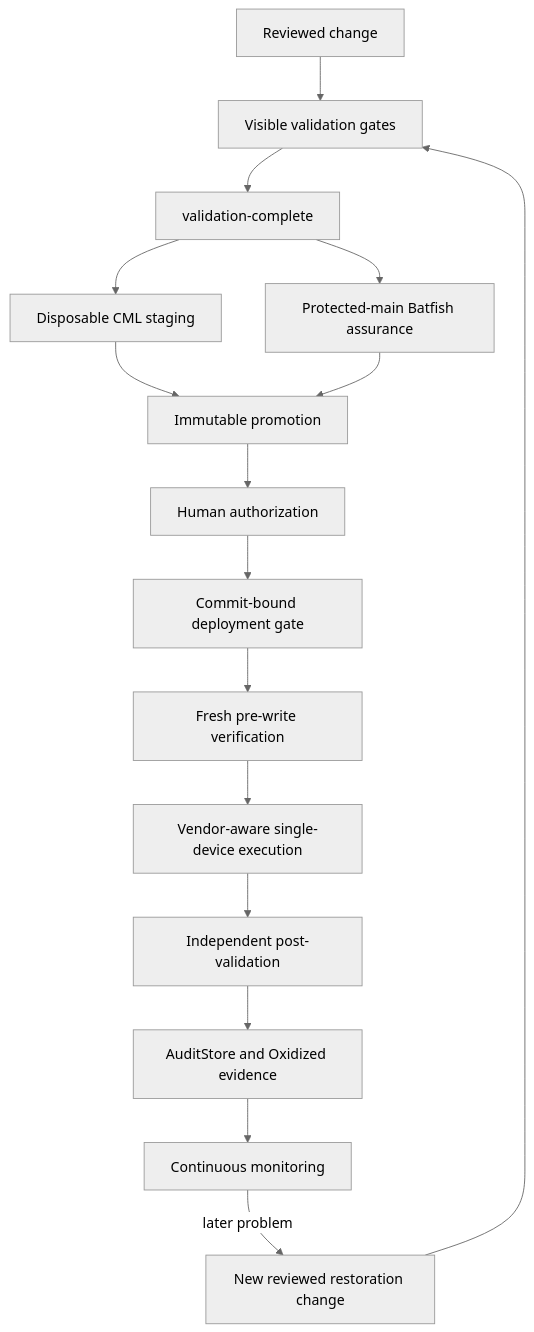
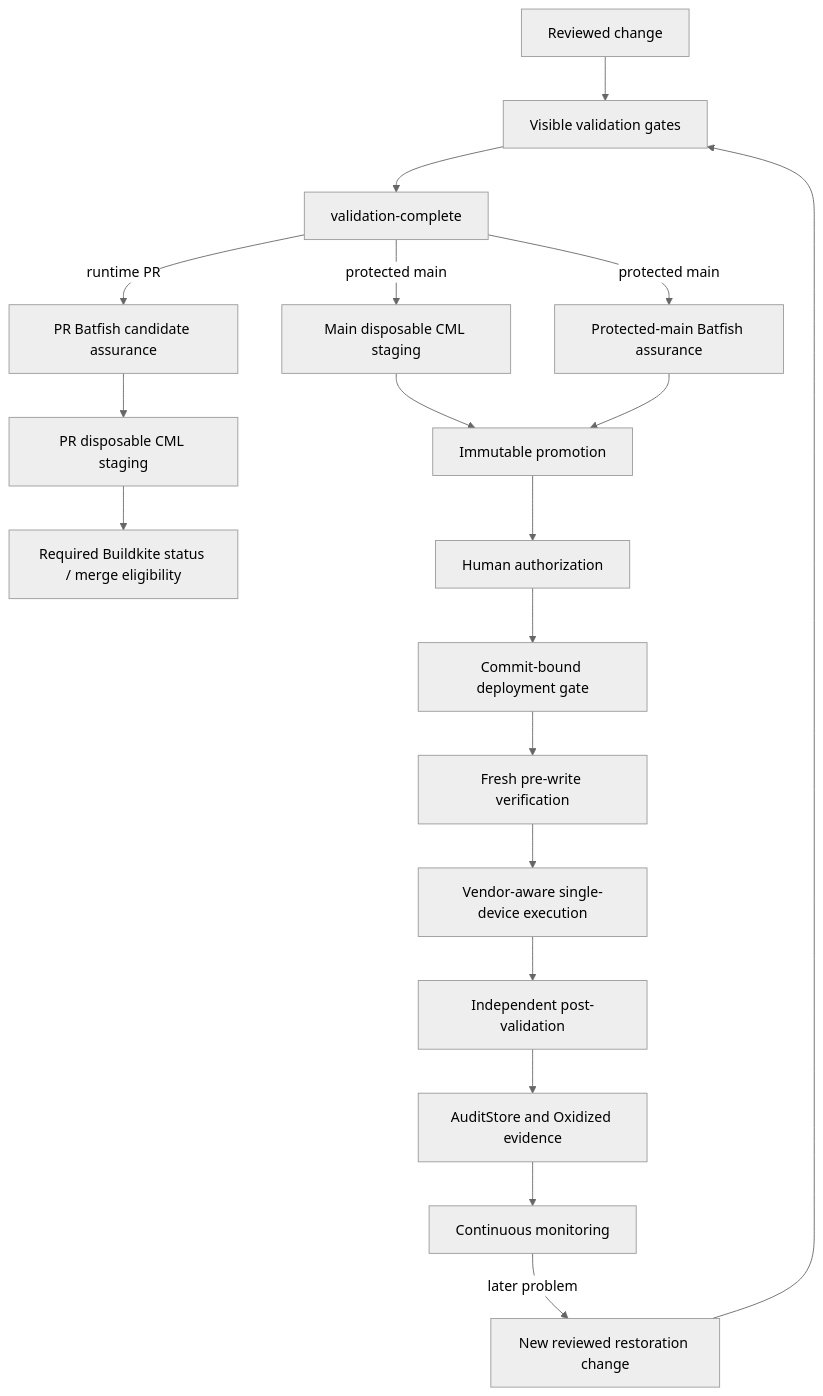
One commit to Atheer-Kareem/network-change-delivery-platform changed the diagram in docs/architecture/change-lifecycle.md. Above: the diagram before and after it, drawn with Mermaid (neutral theme). The commit also changed other lines of this file and 10 other files, not shown here.

Commit message:
feat: gate runtime PRs on Batfish assurance (#108)

````diff
--- a/docs/architecture/change-lifecycle.md
+++ b/docs/architecture/change-lifecycle.md
@@ -6,18 +6,21 @@
 ```mermaid
 flowchart TD
   PR[Reviewed change] --> V[Visible validation gates]
   V --> VB[validation-complete]
-  VB --> C[Disposable CML staging]
-  VB --> B[Protected-main Batfish assurance]
+  VB -->|runtime PR| PB[PR Batfish candidate assurance]
+  PB --> PC[PR disposable CML staging]
+  PC --> MR[Required Buildkite status / merge eligibility]
+  VB -->|protected main| C[Main disposable CML staging]
+  VB -->|protected main| B[Protected-main Batfish assurance]
   C --> P[Immutable promotion]
   B --> P
   P --> A[Human authorization]
   A --> G[Commit-bound deployment gate]
   G --> F[Fresh pre-write verification]
   F --> X[Vendor-aware single-device execution]
   X --> I[Independent post-validation]
   I --> E[AuditStore and Oxidized evidence]
   E --> M[Continuous monitoring]
   M -->|later problem| D[New reviewed restoration change]
   D --> V
 ```
````
